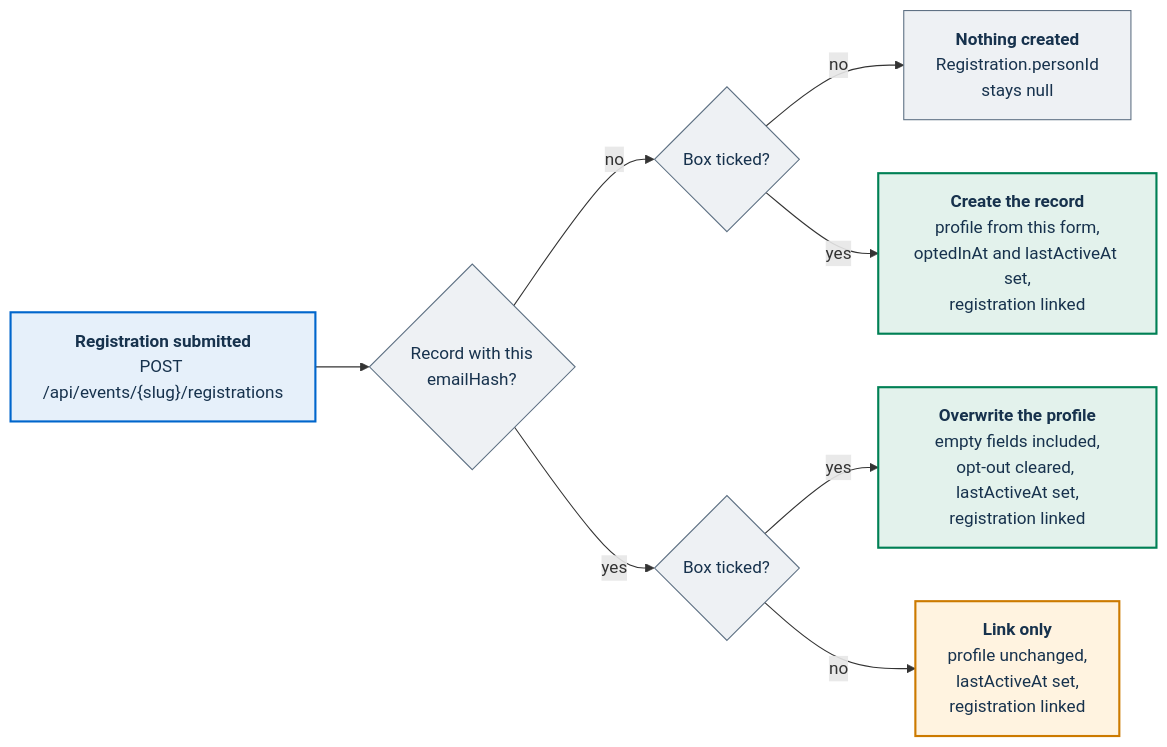
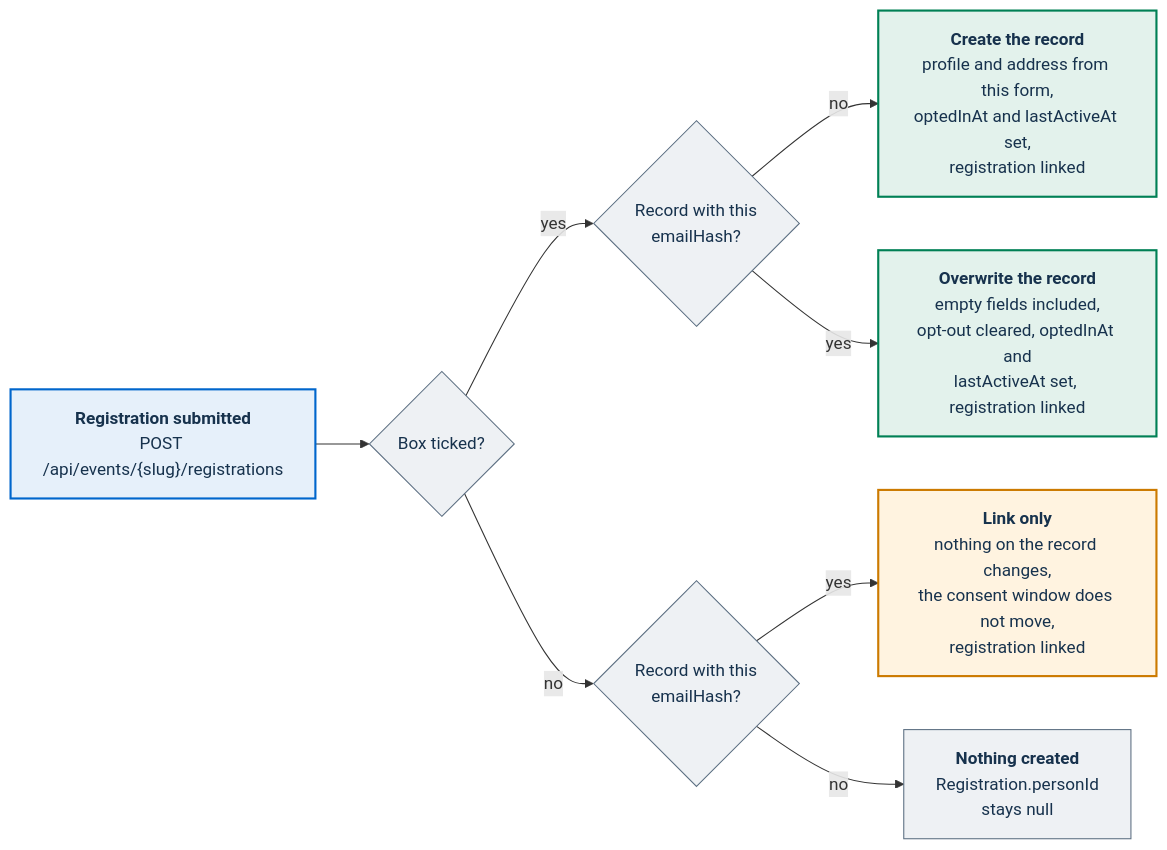
The first of 2 diagrams in docs/adr/011-person-rubrica.md (italia/pa-webinar), drawn with Mermaid before and after one commit. The commit also changed other lines of this file and 18 other files, not shown here.

````diff
--- a/docs/adr/011-person-rubrica.md
+++ b/docs/adr/011-person-rubrica.md
@@ -216,24 +238,24 @@
 ```mermaid
 flowchart LR
     R["<b>Registration submitted</b><br/>POST /api/events/{slug}/registrations"]:::portal
-    Q1{"Record with this<br/>emailHash?"}:::ext
-    Q2{"Box ticked?"}:::ext
-    Q3{"Box ticked?"}:::ext
+    Q1{"Box ticked?"}:::ext
+    Q2{"Record with this<br/>emailHash?"}:::ext
+    Q3{"Record with this<br/>emailHash?"}:::ext
     N["<b>Nothing created</b><br/>Registration.personId<br/>stays null"]:::ext
-    C["<b>Create the record</b><br/>profile from this form,<br/>optedInAt and lastActiveAt set,<br/>registration linked"]:::data
-    U["<b>Overwrite the profile</b><br/>empty fields included,<br/>opt-out cleared, lastActiveAt set,<br/>registration linked"]:::data
-    L["<b>Link only</b><br/>profile unchanged,<br/>lastActiveAt set,<br/>registration linked"]:::job
+    C["<b>Create the record</b><br/>profile and address from this form,<br/>optedInAt and lastActiveAt set,<br/>registration linked"]:::data
+    U["<b>Overwrite the record</b><br/>empty fields included,<br/>opt-out cleared, optedInAt and<br/>lastActiveAt set, registration linked"]:::data
+    L["<b>Link only</b><br/>nothing on the record changes,<br/>the consent window does not move,<br/>registration linked"]:::job
 
     R --> Q1
-    Q1 -->|"no"| Q2
-    Q1 -->|"yes"| Q3
-    Q2 -->|"no"| N
-    Q2 -->|"yes"| C
-    Q3 -->|"yes"| U
-    Q3 -->|"no"| L
+    Q1 -->|"yes"| Q2
+    Q1 -->|"no"| Q3
+    Q2 -->|"no"| C
+    Q2 -->|"yes"| U
+    Q3 -->|"yes"| L
+    Q3 -->|"no"| N
 
     classDef portal fill:#E6F0FA,stroke:#0066CC,stroke-width:2px,color:#17324D
     classDef data fill:#E3F2EC,stroke:#008055,stroke-width:2px,color:#17324D
     classDef job fill:#FFF3E0,stroke:#CC7A00,stroke-width:2px,color:#17324D
     classDef ext fill:#EEF1F4,stroke:#5C6F82,stroke-width:1px,color:#17324D
 ```
````
